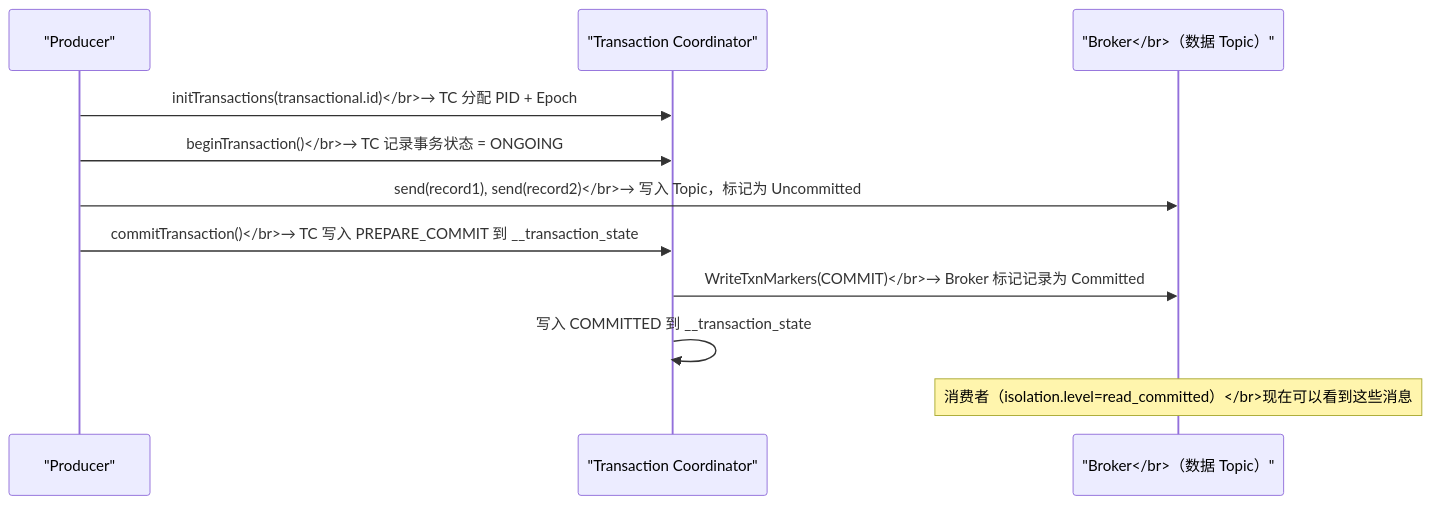
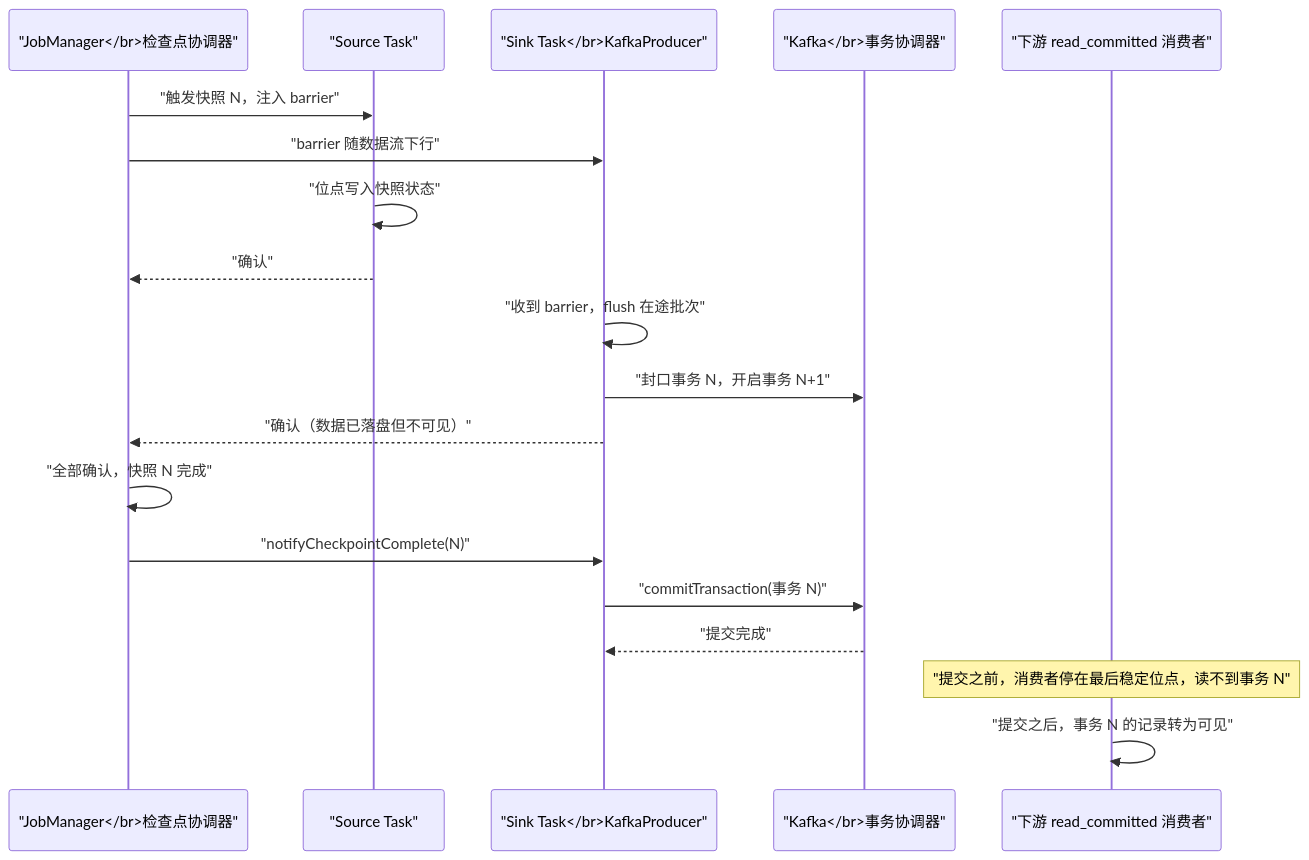
The second of 5 diagrams in content/大数据/Flink/Flink从入门到实战/08 Flink 与 Kafka 端到端精确一次实战.md (hpliStartAgain/my-brain), drawn with Mermaid before and after one commit. The commit also changed other lines of this file and 455 other files, not shown here.

````diff
--- a/content/大数据/Flink/Flink从入门到实战/08 Flink 与 Kafka 端到端精确一次实战.md
+++ b/content/大数据/Flink/Flink从入门到实战/08 Flink 与 Kafka 端到端精确一次实战.md
@@ -92,15 +90,23 @@
 ```mermaid
 %%{init: {'theme': 'dracula'}}%%
 sequenceDiagram
-    participant P as "Producer"
-    participant TC as "Transaction Coordinator"
-    participant B as "Broker</br>（数据 Topic）"
+    participant JM as "JobManager</br>检查点协调器"
+    participant SRC as "Source Task"
+    participant SNK as "Sink Task</br>KafkaProducer"
+    participant TC as "Kafka</br>事务协调器"
+    participant C as "下游 read_committed 消费者"
 
-    P->>TC: initTransactions(transactional.id)</br>→ TC 分配 PID + Epoch
-    P->>TC: beginTransaction()</br>→ TC 记录事务状态 = ONGOING
-    P->>B: send(record1), send(record2)</br>→ 写入 Topic，标记为 Uncommitted
-    P->>TC: commitTransaction()</br>→ TC 写入 PREPARE_COMMIT 到 __transaction_state
-    TC->>B: WriteTxnMarkers(COMMIT)</br>→ Broker 标记记录为 Committed
-    TC->>TC: 写入 COMMITTED 到 __transaction_state
-    Note over B: 消费者（isolation.level=read_committed）</br>现在可以看到这些消息
+    JM->>SRC: "触发快照 N，注入 barrier"
+    JM->>SNK: "barrier 随数据流下行"
+    SRC->>SRC: "位点写入快照状态"
+    SRC-->>JM: "确认"
+    SNK->>SNK: "收到 barrier，flush 在途批次"
+    SNK->>TC: "封口事务 N，开启事务 N+1"
+    SNK-->>JM: "确认（数据已落盘但不可见）"
+    JM->>JM: "全部确认，快照 N 完成"
+    JM->>SNK: "notifyCheckpointComplete(N)"
+    SNK->>TC: "commitTransaction(事务 N)"
+    TC-->>SNK: "提交完成"
+    Note over C: "提交之前，消费者停在最后稳定位点，读不到事务 N"
+    C->>C: "提交之后，事务 N 的记录转为可见"
 ```
````
